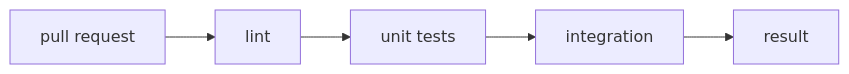
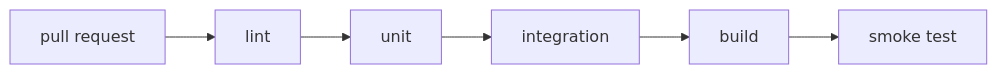
Before and after one commit to mkrebs03/devops-atlas: the diagram in src/content/docs/en/integration/tests-in-ci.md, drawn with Mermaid. The commit also changed other lines of this file and 69 other files, not shown here.

````diff
--- a/src/content/docs/en/integration/tests-in-ci.md
+++ b/src/content/docs/en/integration/tests-in-ci.md
@@ -23,4 +25,4 @@
 ```mermaid
 flowchart LR
-  PR["pull request"] --> L["lint"] --> U["unit tests"] --> I["integration"] --> R["result"]
+  PR["pull request"] --> L["lint"] --> U["unit"] --> I["integration"] --> B["build"] --> H["smoke test"]
 ```
````
